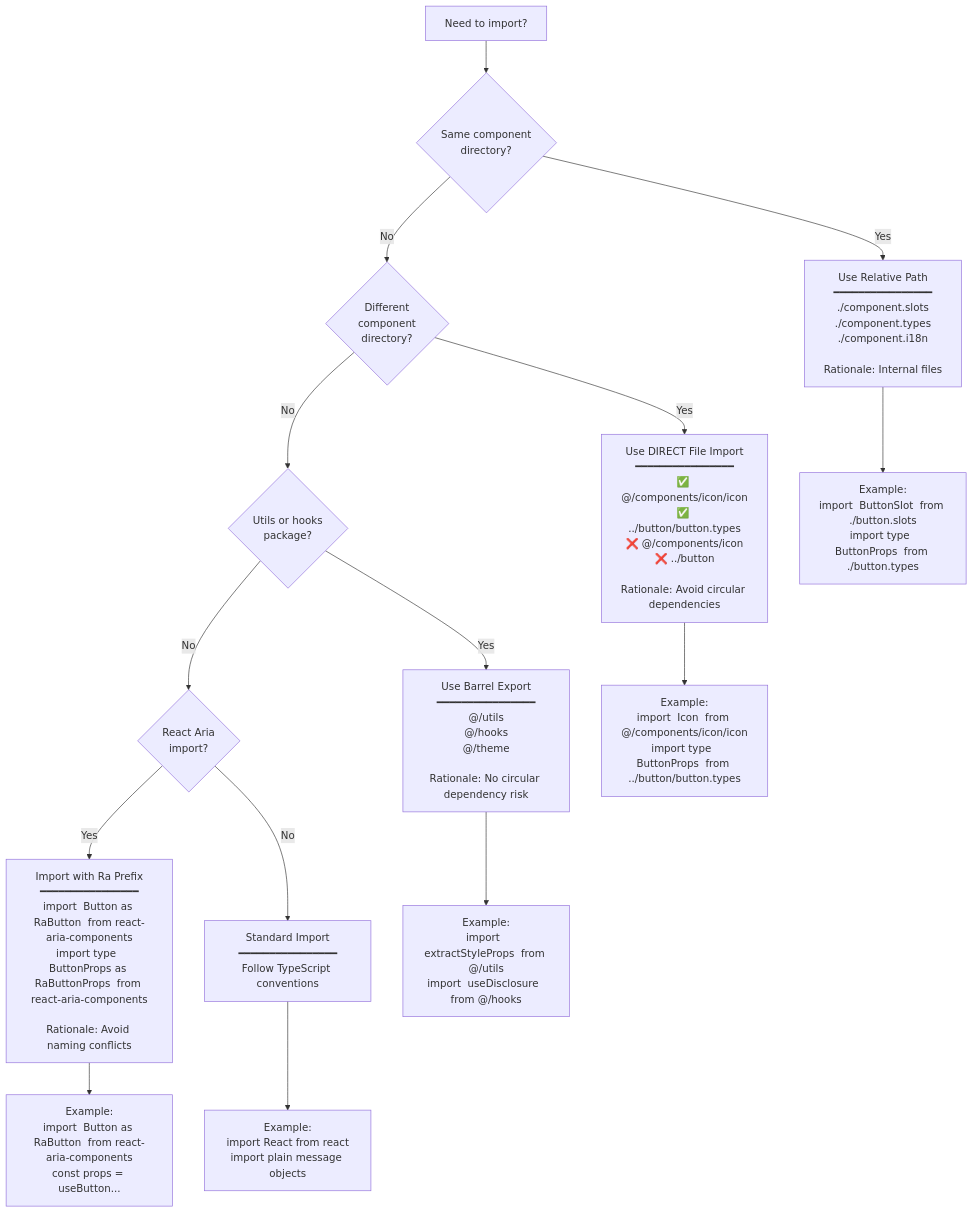
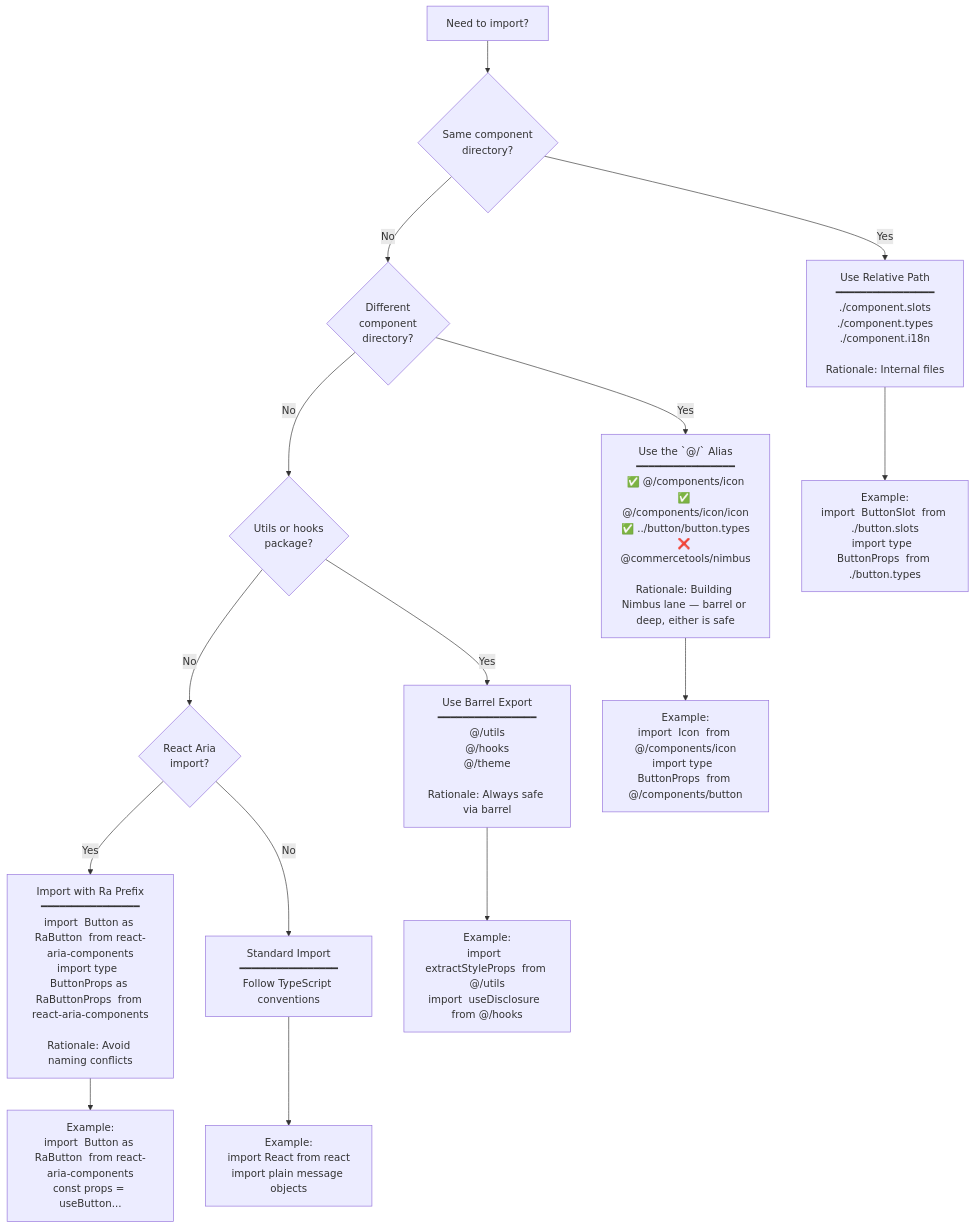
One commit to commercetools/nimbus changed the fourth of 4 diagrams in .claude/skills/writing-main-component/SKILL.md. Above: the diagram before and after it, drawn with Mermaid. The commit also changed other lines of this file and 11 other files, not shown here.

Commit message:
docs: update import convention to two-lane model + no value export *

````diff
--- a/.claude/skills/writing-main-component/SKILL.md
+++ b/.claude/skills/writing-main-component/SKILL.md
@@ -1234,21 +1252,21 @@
 ```mermaid
 flowchart TD
     Start[Need to import?] --> Q1{Same component<br/>directory?}
     Q1 -->|Yes| Relative[Use Relative Path<br/>━━━━━━━━━━━━━━━━<br/>./component.slots<br/>./component.types<br/>./component.i18n<br/><br/>Rationale: Internal files]
     Q1 -->|No| Q2{Different<br/>component<br/>directory?}
 
-    Q2 -->|Yes| Direct[Use DIRECT File Import<br/>━━━━━━━━━━━━━━━━<br/>✅ @/components/icon/icon<br/>✅ ../button/button.types<br/>❌ @/components/icon<br/>❌ ../button<br/><br/>Rationale: Avoid circular dependencies]
+    Q2 -->|Yes| Alias[Use the `@/` Alias<br/>━━━━━━━━━━━━━━━━<br/>✅ @/components/icon<br/>✅ @/components/icon/icon<br/>✅ ../button/button.types<br/>❌ @commercetools/nimbus<br/><br/>Rationale: Building Nimbus lane — barrel or deep, either is safe]
     Q2 -->|No| Q3{Utils or hooks<br/>package?}
 
-    Q3 -->|Yes| Barrel[Use Barrel Export<br/>━━━━━━━━━━━━━━━━<br/>@/utils<br/>@/hooks<br/>@/theme<br/><br/>Rationale: No circular dependency risk]
+    Q3 -->|Yes| Barrel[Use Barrel Export<br/>━━━━━━━━━━━━━━━━<br/>@/utils<br/>@/hooks<br/>@/theme<br/><br/>Rationale: Always safe via barrel]
     Q3 -->|No| Q4{React Aria<br/>import?}
 
     Q4 -->|Yes| RaPrefix[Import with Ra Prefix<br/>━━━━━━━━━━━━━━━━<br/>import  Button as RaButton  from react-aria-components<br/>import type  ButtonProps as RaButtonProps  from react-aria-components<br/><br/>Rationale: Avoid naming conflicts]
     Q4 -->|No| Standard[Standard Import<br/>━━━━━━━━━━━━━━━━<br/>Follow TypeScript conventions]
 
     Relative --> Example1[Example:<br/>import  ButtonSlot  from ./button.slots<br/>import type  ButtonProps  from ./button.types]
-    Direct --> Example2[Example:<br/>import  Icon  from @/components/icon/icon<br/>import type  ButtonProps  from ../button/button.types]
+    Alias --> Example2[Example:<br/>import  Icon  from @/components/icon<br/>import type  ButtonProps  from @/components/button]
     Barrel --> Example3[Example:<br/>import  extractStyleProps  from @/utils<br/>import  useDisclosure  from @/hooks]
     RaPrefix --> Example4[Example:<br/>import  Button as RaButton  from react-aria-components<br/>const props = useButton...]
     Standard --> Example5[Example:<br/>import React from react<br/>import plain message objects]
 ```
````
